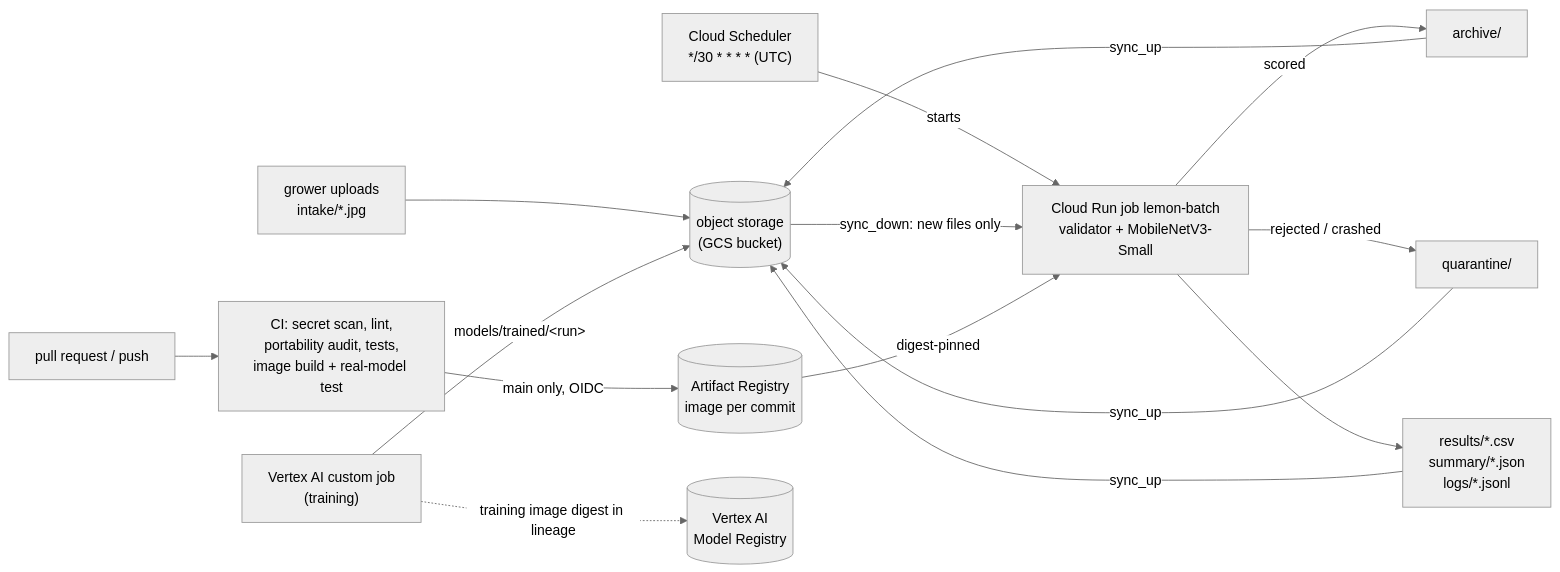
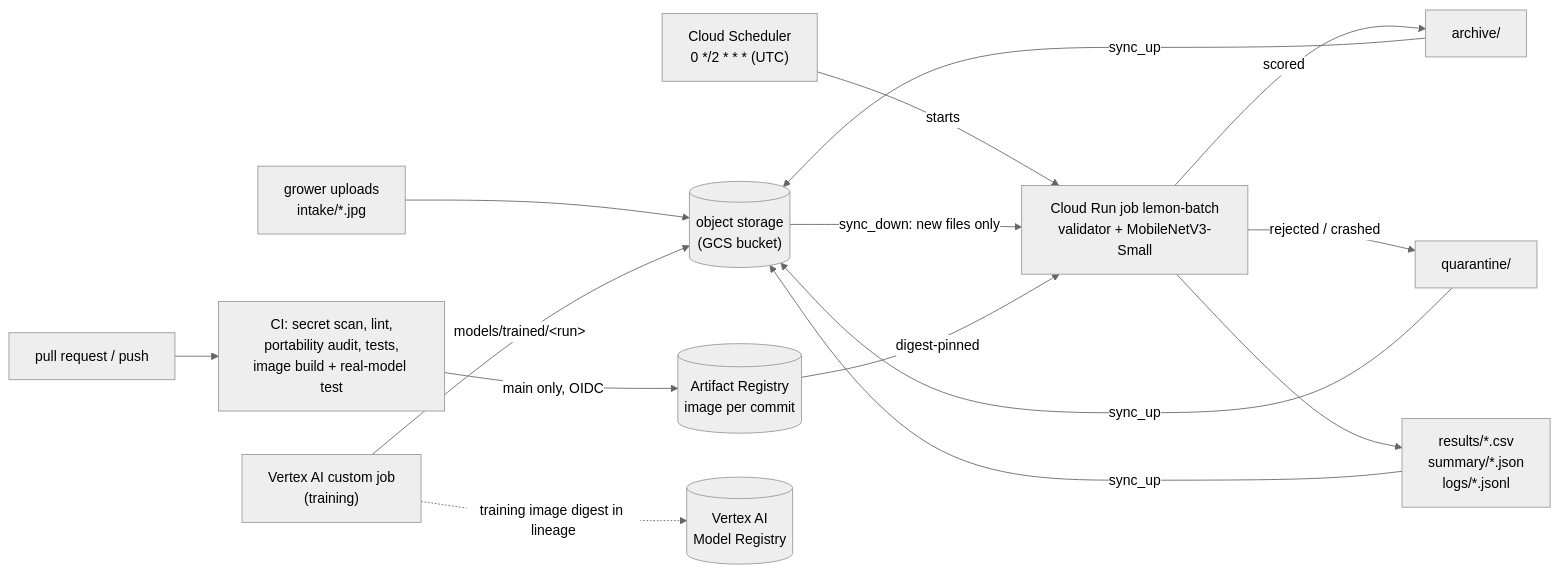
Before and after one commit to meadowind/ML-Project: the diagram in README.md, drawn with Mermaid (neutral theme). The commit also changed other lines of this file, not shown here.

Commit message:
docs: update batch schedule to every two hours

````diff
--- a/README.md
+++ b/README.md
@@ -47,15 +47,15 @@
 ```mermaid
 flowchart LR
     U["grower uploads<br>intake/*.jpg"] --> B[("object storage<br>(GCS bucket)")]
-    SCH["Cloud Scheduler<br>*/30 * * * * (UTC)"] -->|"starts"| C["Cloud Run job lemon-batch<br>validator + MobileNetV3-Small"]
+    SCH["Cloud Scheduler<br>0 */2 * * * (UTC)"] -->|"starts"| C["Cloud Run job lemon-batch<br>validator + MobileNetV3-Small"]
     B -->|"sync_down: new files only"| C
     C -->|"scored"| A["archive/"]
     C -->|"rejected / crashed"| Q["quarantine/"]
     C --> R["results/*.csv<br>summary/*.json<br>logs/*.jsonl"]
     A & Q & R -->|"sync_up"| B
     PR["pull request / push"] --> CI["CI: secret scan, lint,<br>portability audit, tests,<br>image build + real-model test"]
     CI -->|"main only, OIDC"| AR[("Artifact Registry<br>image per commit")]
     AR -->|"digest-pinned"| C
     T["Vertex AI custom job<br>(training)"] -->|"models/trained/&lt;run&gt;"| B
     T -.->|"training image digest in lineage"| MR[("Vertex AI<br>Model Registry")]
 ```
````
